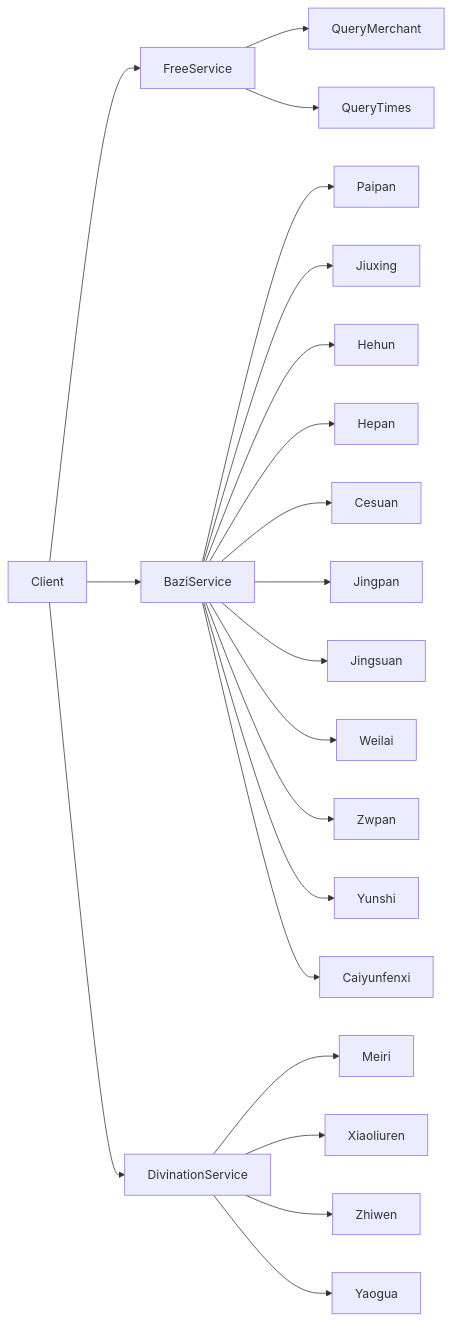
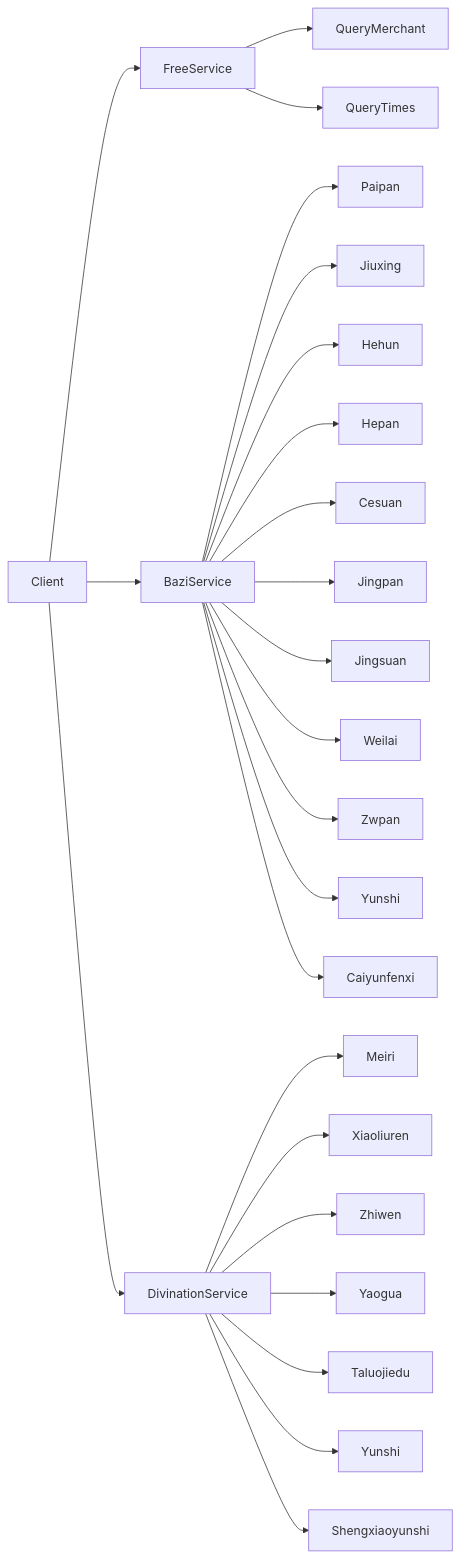
Before and after one commit to Scorpio69t/yuanfenju-go-sdk: the first of 2 diagrams in README.md, drawn with Mermaid. The commit also changed other lines of this file and 4 other files, not shown here.

Commit message:
feat: add typed divination taluojiedu/yunshi/shengxiaoyunshi services with validation and tests

````diff
--- a/README.md
+++ b/README.md
@@ -58,26 +58,29 @@
 ```mermaid
 flowchart LR
     A[Client] --> B[FreeService]
     A --> C[BaziService]
     A --> D[DivinationService]
 
     B --> B1[QueryMerchant]
     B --> B2[QueryTimes]
 
     C --> C1[Paipan]
     C --> C2[Jiuxing]
     C --> C3[Hehun]
     C --> C4[Hepan]
     C --> C5[Cesuan]
     C --> C6[Jingpan]
     C --> C7[Jingsuan]
     C --> C8[Weilai]
     C --> C9[Zwpan]
     C --> C10[Yunshi]
     C --> C11[Caiyunfenxi]
 
     D --> D1[Meiri]
     D --> D2[Xiaoliuren]
     D --> D3[Zhiwen]
     D --> D4[Yaogua]
+    D --> D5[Taluojiedu]
+    D --> D6[Yunshi]
+    D --> D7[Shengxiaoyunshi]
 ```
````
